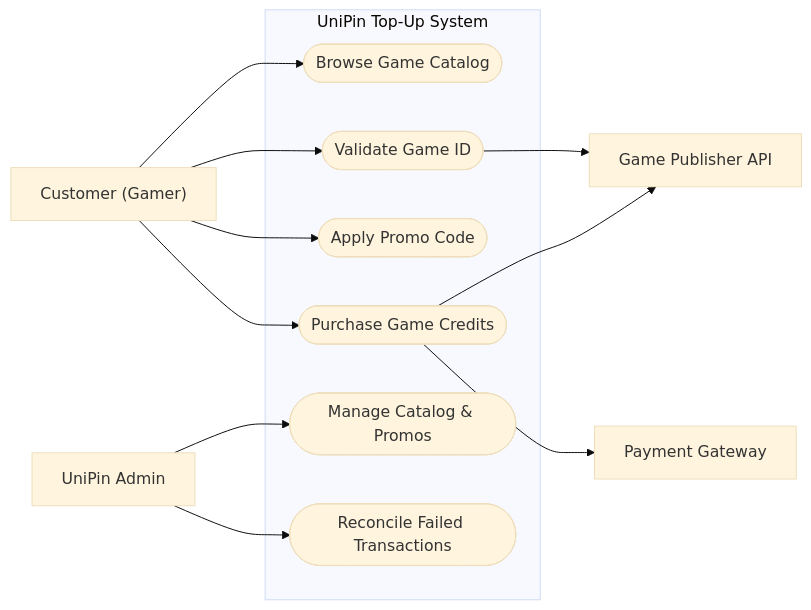
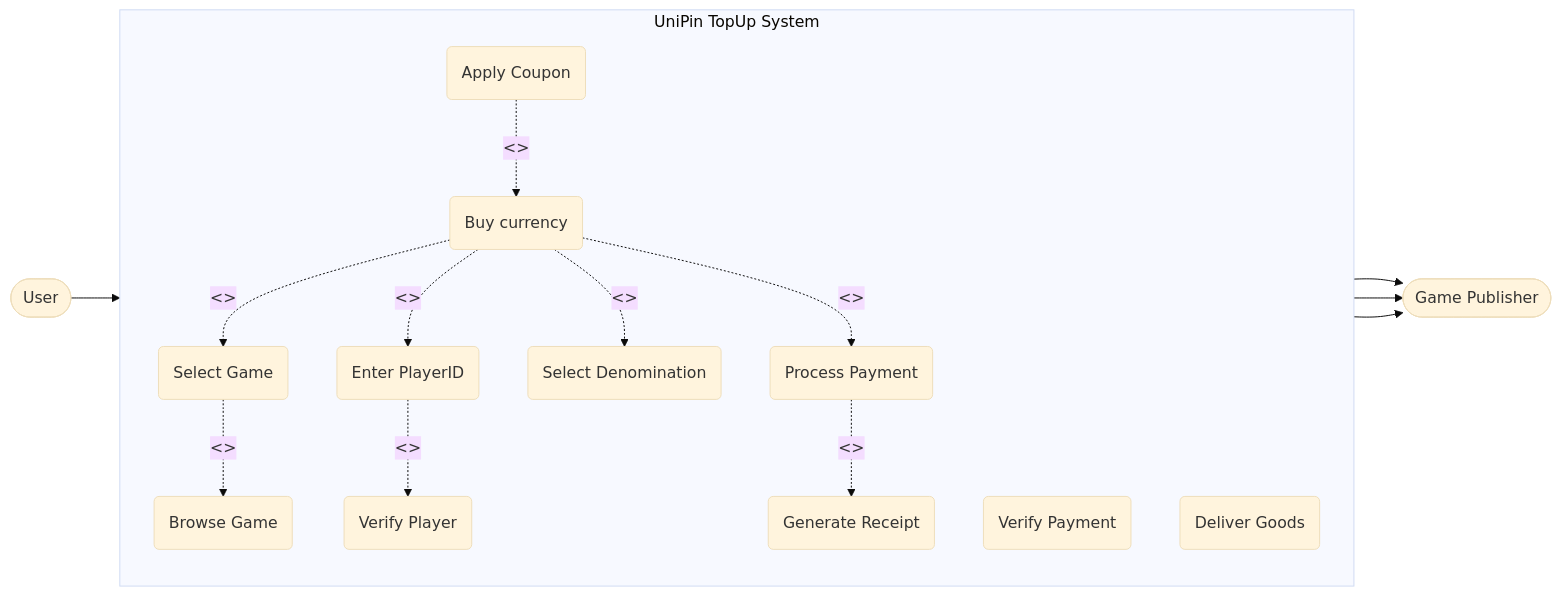
The first of 6 diagrams in Final_UniPin_SDD_Submission.md (ROS-RENDO/Unipin-Final), drawn with Mermaid (base theme) before and after one commit. The commit also changed other lines of this file, not shown here.

````diff
--- a/Final_UniPin_SDD_Submission.md
+++ b/Final_UniPin_SDD_Submission.md
@@ -84,31 +92,44 @@
 ```mermaid
 flowchart LR
     %% Actors
-    Customer["Customer (Gamer)"]
-    Admin["UniPin Admin"]
-    GameAPI["Game Publisher API"]
-    PayGateway["Payment Gateway"]
-
+    Customer(["User"])
+    GameAPI(["Game Publisher"])
+    
     %% System Boundary
-    subgraph UniPin_TopUp_System ["UniPin Top-Up System"]
-        UC_Browse(["Browse Game Catalog"])
-        UC_Validate(["Validate Game ID"])
-        UC_Promo(["Apply Promo Code"])
-        UC_Purchase(["Purchase Game Credits"])
-        UC_ManageCatalog(["Manage Catalog & Promos"])
-        UC_Reconcile(["Reconcile Failed Transactions"])
+    subgraph System ["UniPin TopUp System"]
+        direction TB
+        UC_Browse("Browse Game")
+        UC_Select("Select Game")
+        UC_Purchase("Buy currency")
+        UC_Promo("Apply Coupon")
+        
+        UC_EnterID("Enter PlayerID")
+        UC_SelectDenom("Select Denomination")
+        UC_Pay("Process Payment")
+        
+        UC_Validate("Verify Player")
+        UC_VerifyPay("Verify Payment")
+        UC_Deliver("Deliver Goods")
+        UC_Receipt("Generate Receipt")
+        
+        %% Extends
+        UC_Select -. "<<extend>>" .-> UC_Browse
+        UC_Purchase -. "<<extend>>" .-> UC_Select
+        UC_Promo -. "<<extend>>" .-> UC_Purchase
+        
+        %% Includes
+        UC_Purchase -. "<<include>>" .-> UC_EnterID
+        UC_Purchase -. "<<include>>" .-> UC_SelectDenom
+        UC_Purchase -. "<<include>>" .-> UC_Pay
+        
+        UC_EnterID -. "<<include>>" .-> UC_Validate
+        UC_Pay -. "<<include>>" .-> UC_Receipt
     end
-
+    
     %% Associations
     Customer --> UC_Browse
-    Customer --> UC_Validate
-    Customer --> UC_Promo
-    Customer --> UC_Purchase
-    
-    Admin --> UC_ManageCatalog
-    Admin --> UC_Reconcile
     
     UC_Validate --> GameAPI
-    UC_Purchase --> PayGateway
-    UC_Purchase --> GameAPI
+    UC_VerifyPay --> GameAPI
+    UC_Deliver --> GameAPI
 ```
````
